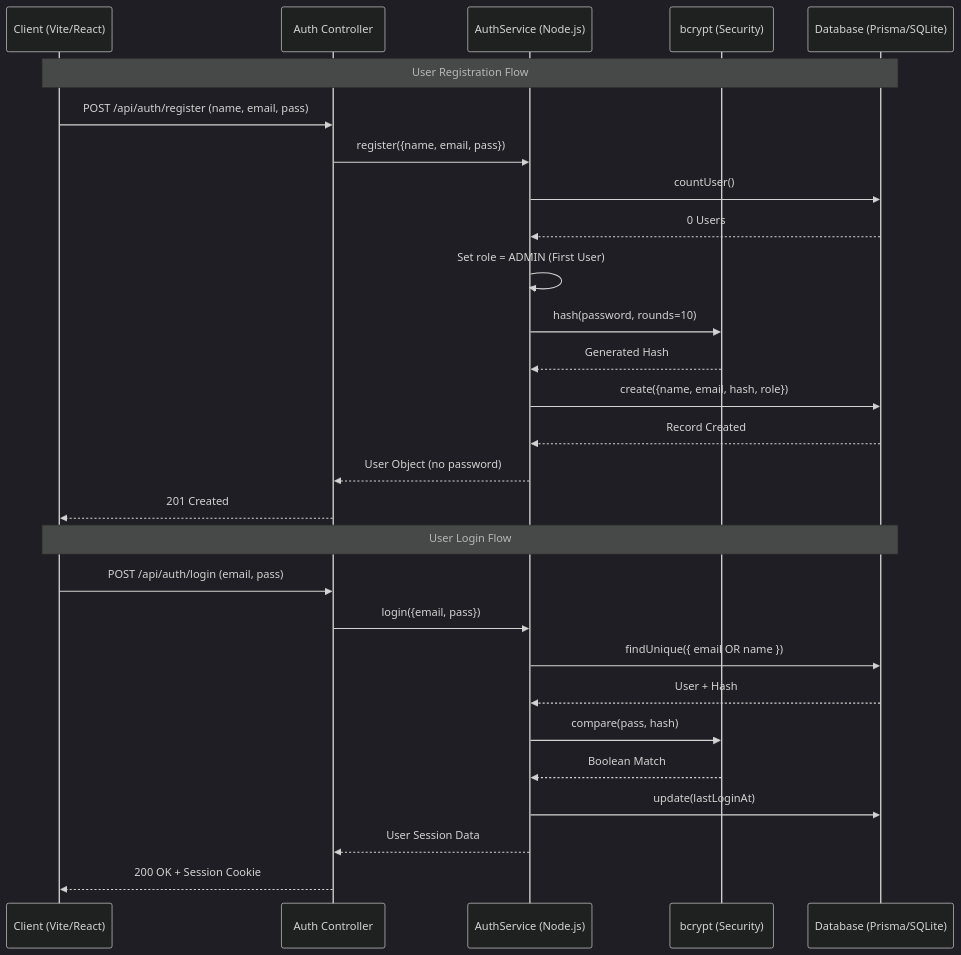
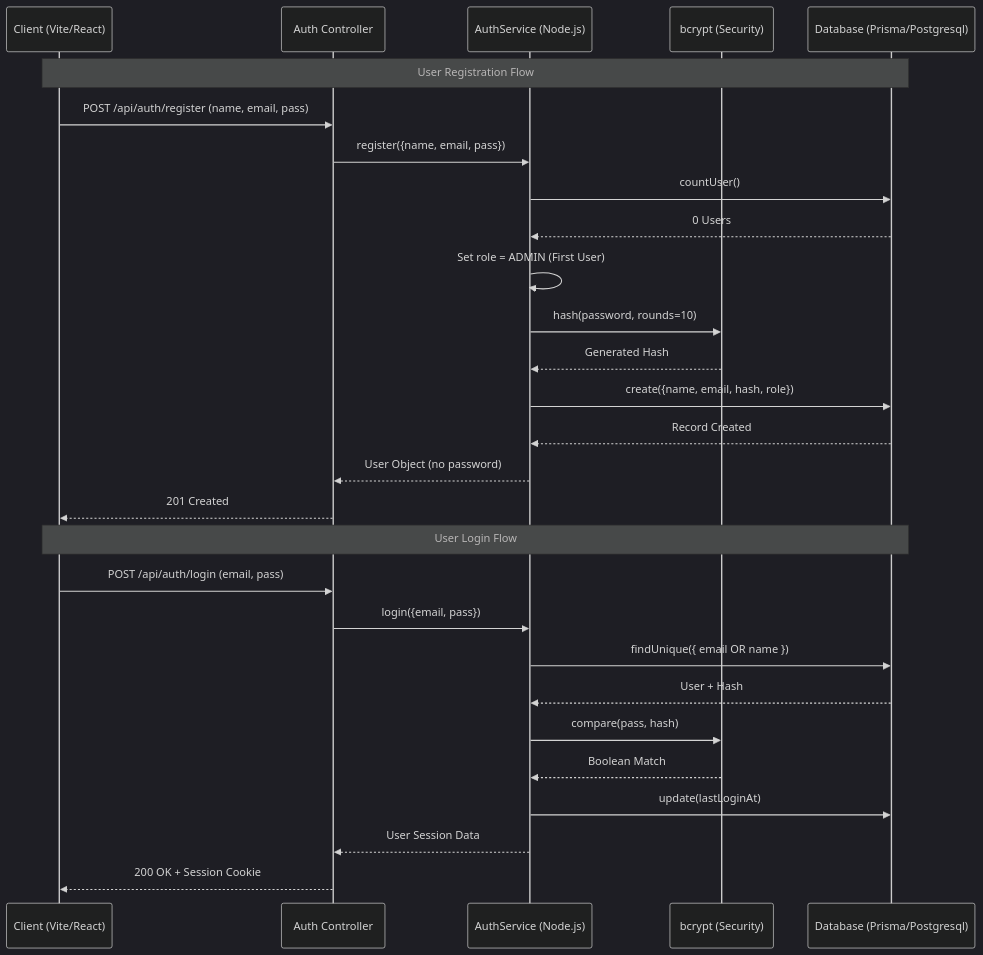
Before and after one commit to Albuswolvrick/Berichts-Heft: the second of 4 diagrams in README.md, drawn with Mermaid (dark theme). The commit also changed other lines of this file, not shown here.

Commit message:
docs: update architecture diagrams and tech stack documentation to reflect migration from SQLite to Postgresql

````diff
--- a/README.md
+++ b/README.md
@@ -348,32 +348,32 @@
 ```mermaid
 sequenceDiagram
     participant C as Client (Vite/React)
     participant A as Auth Controller
     participant S as AuthService (Node.js)
     participant B as bcrypt (Security)
-    participant D as Database (Prisma/SQLite)
+    participant D as Database (Prisma/Postgresql)
 
     Note over C, D: User Registration Flow
     C->>A: POST /api/auth/register (name, email, pass)
     A->>S: register({name, email, pass})
     S->>D: countUser()
     D-->>S: 0 Users
     S->>S: Set role = ADMIN (First User)
     S->>B: hash(password, rounds=10)
     B-->>S: Generated Hash
     S->>D: create({name, email, hash, role})
     D-->>S: Record Created
     S-->>A: User Object (no password)
     A-->>C: 201 Created
 
     Note over C, D: User Login Flow
     C->>A: POST /api/auth/login (email, pass)
     A->>S: login({email, pass})
     S->>D: findUnique({ email OR name })
     D-->>S: User + Hash
     S->>B: compare(pass, hash)
     B-->>S: Boolean Match
     S->>D: update(lastLoginAt)
     S-->>A: User Session Data
     A-->>C: 200 OK + Session Cookie
 ```
````
